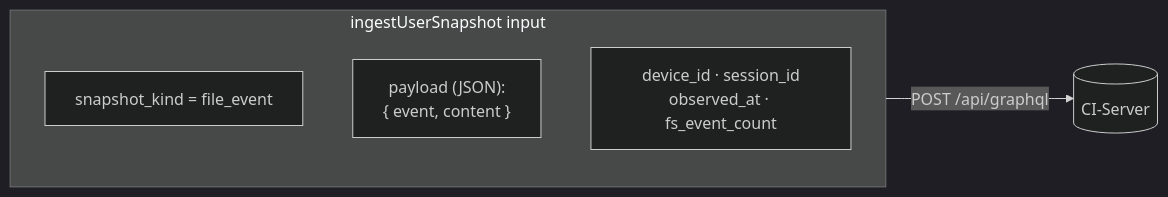
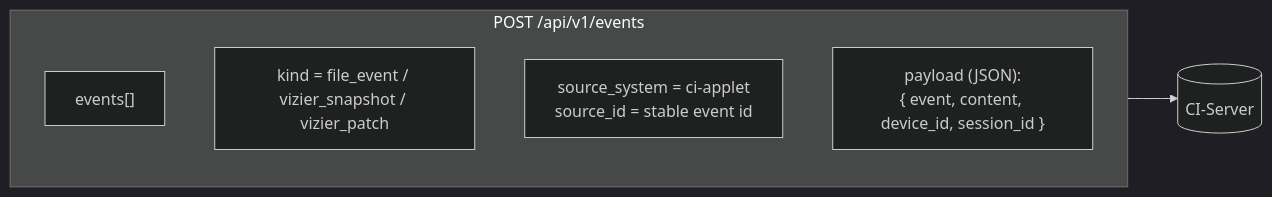
The sixth of 6 diagrams in docs/architecture.md (companionintelligence/CI-Capture), drawn with Mermaid (dark theme) before and after one commit. The commit also changed other lines of this file and 22 other files, not shown here.

````diff
--- a/docs/architecture.md
+++ b/docs/architecture.md
@@ -201,9 +199,10 @@
 ```mermaid
 flowchart LR
-    subgraph payload["ingestUserSnapshot input"]
-        K["snapshot_kind = file_event"]
-        P["payload (JSON):<br/>{ event, content }"]
-        M["device_id · session_id<br/>observed_at · fs_event_count"]
+    subgraph body["POST /api/v1/events"]
+        E["events[]"]
+        K["kind = file_event / vizier_snapshot / vizier_patch"]
+        S["source_system = ci-applet<br/>source_id = stable event id"]
+        P["payload (JSON):<br/>{ event, content, device_id, session_id }"]
     end
-    payload -->|"POST /api/graphql"| CI[("CI-Server")]
+    body --> CI[("CI-Server")]
 ```
````
